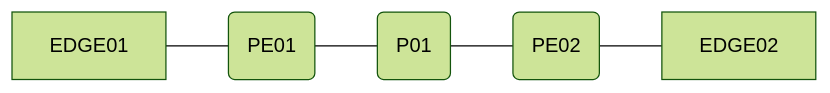
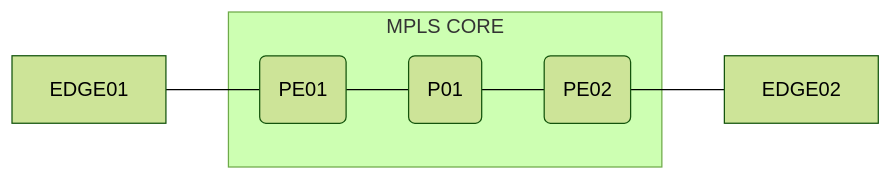
One commit to jnaranjom/iac_network_deployment changed the diagram in diagrams/network_diagram.md. Above: the diagram before and after it, drawn with Mermaid (forest theme).

````diff
--- a/diagrams/network_diagram.md
+++ b/diagrams/network_diagram.md
@@ -7,7 +7,9 @@
 ```mermaid
 flowchart LR
     A[EDGE01] --- B(PE01)
+    subgraph MPLS CORE
     B --- C(P01)
     C --- D(PE02)
+    end
     D --- E[EDGE02]
 ```
````
